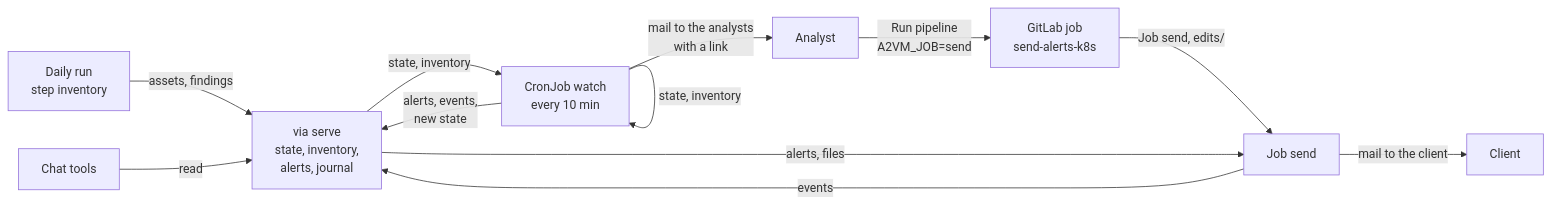
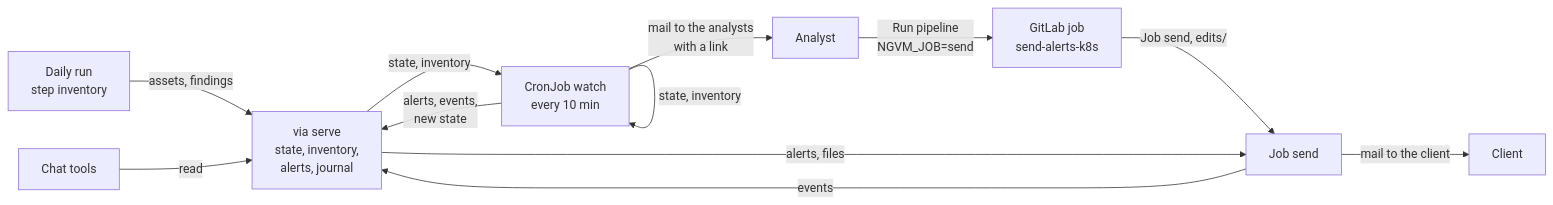
The first of 2 diagrams in docs/lld/vulnerability-intelligence.md (sylf74/a2vm), drawn with Mermaid before and after one commit. The commit also changed other lines of this file and 453 other files, not shown here.

````diff
--- a/docs/lld/vulnerability-intelligence.md
+++ b/docs/lld/vulnerability-intelligence.md
@@ -275,14 +275,14 @@
 ```mermaid
 flowchart LR
   daily["Daily run<br/>step inventory"] -- "assets, findings" --> svc["via serve<br/>state, inventory,<br/>alerts, journal"]
   watch["CronJob watch<br/>every 10 min"] -- "state, inventory" --> watch
   svc -- "state, inventory" --> watch
   watch -- "alerts, events,<br/>new state" --> svc
   watch -- "mail to the analysts<br/>with a link" --> analyst["Analyst"]
-  analyst -- "Run pipeline<br/>A2VM_JOB=send" --> gitlab["GitLab job<br/>send-alerts-k8s"]
+  analyst -- "Run pipeline<br/>NGVM_JOB=send" --> gitlab["GitLab job<br/>send-alerts-k8s"]
   gitlab -- "Job send, edits/" --> send["Job send"]
   svc -- "alerts, files" --> send
   send -- "mail to the client" --> client["Client"]
   send -- "events" --> svc
   tools["Chat tools"] -- "read" --> svc
 ```
````
